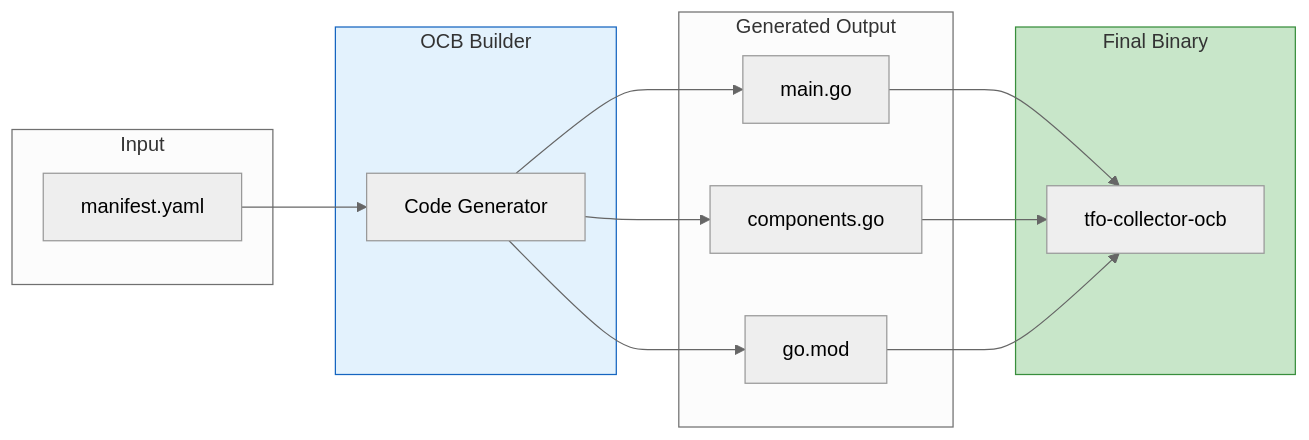
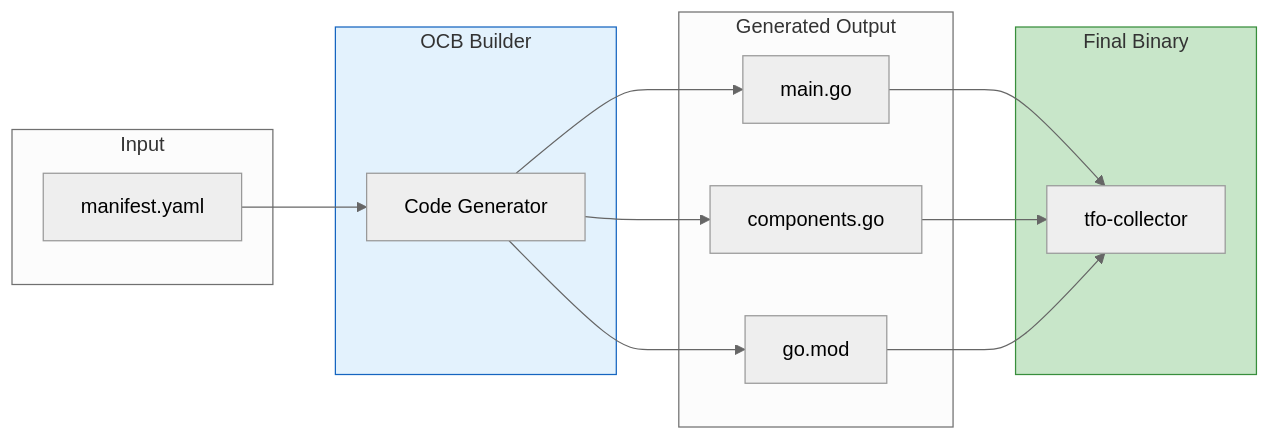
Before and after one commit to telemetryflow/telemetryflow-collector: the first of 4 diagrams in docs/OCB_BUILD.md, drawn with Mermaid (neutral theme). The commit also changed other lines of this file and 67 other files, not shown here.

````diff
--- a/docs/OCB_BUILD.md
+++ b/docs/OCB_BUILD.md
@@ -9,31 +9,31 @@
 ```mermaid
 flowchart LR
     subgraph Input["Input"]
         MANIFEST[manifest.yaml]
     end
 
     subgraph OCB["OCB Builder"]
         GEN[Code Generator]
     end
 
     subgraph Output["Generated Output"]
         MAIN[main.go]
         COMP[components.go]
         MOD[go.mod]
     end
 
     subgraph Binary["Final Binary"]
-        BIN[tfo-collector-ocb]
+        BIN[tfo-collector]
     end
 
     MANIFEST --> GEN
     GEN --> MAIN
     GEN --> COMP
     GEN --> MOD
     MAIN --> BIN
     COMP --> BIN
     MOD --> BIN
 
     style OCB fill:#E3F2FD,stroke:#1565C0
     style Binary fill:#C8E6C9,stroke:#388E3C
 ```
````
